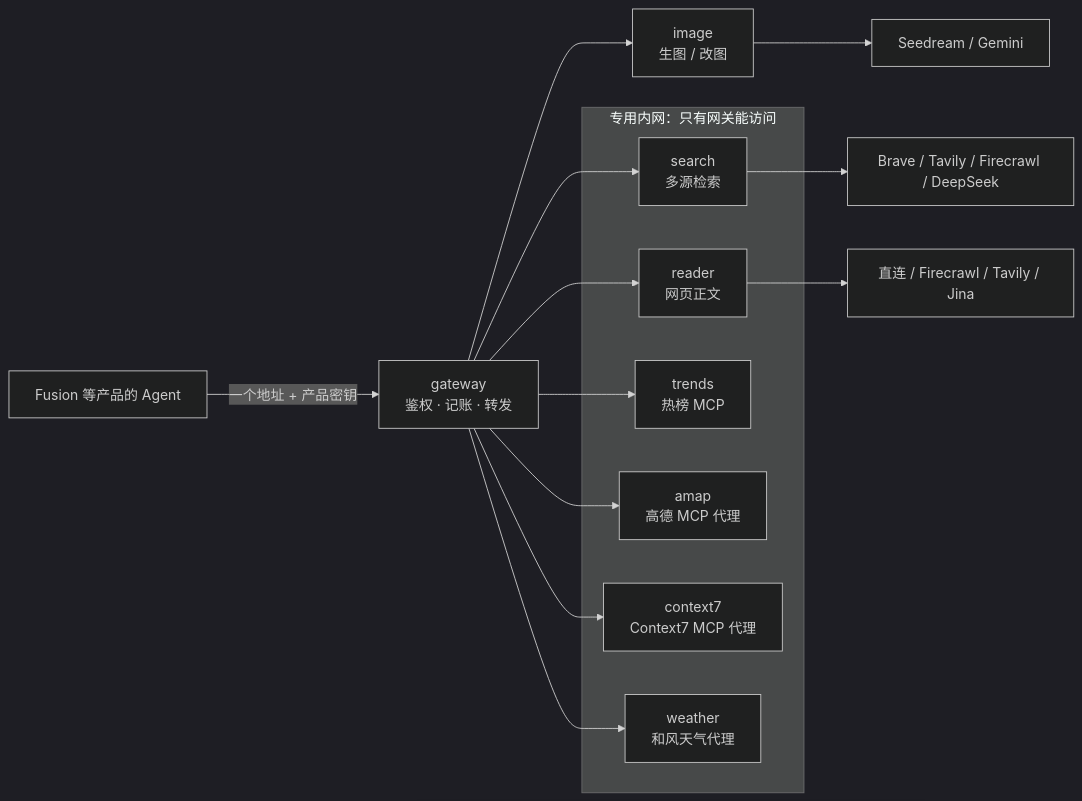
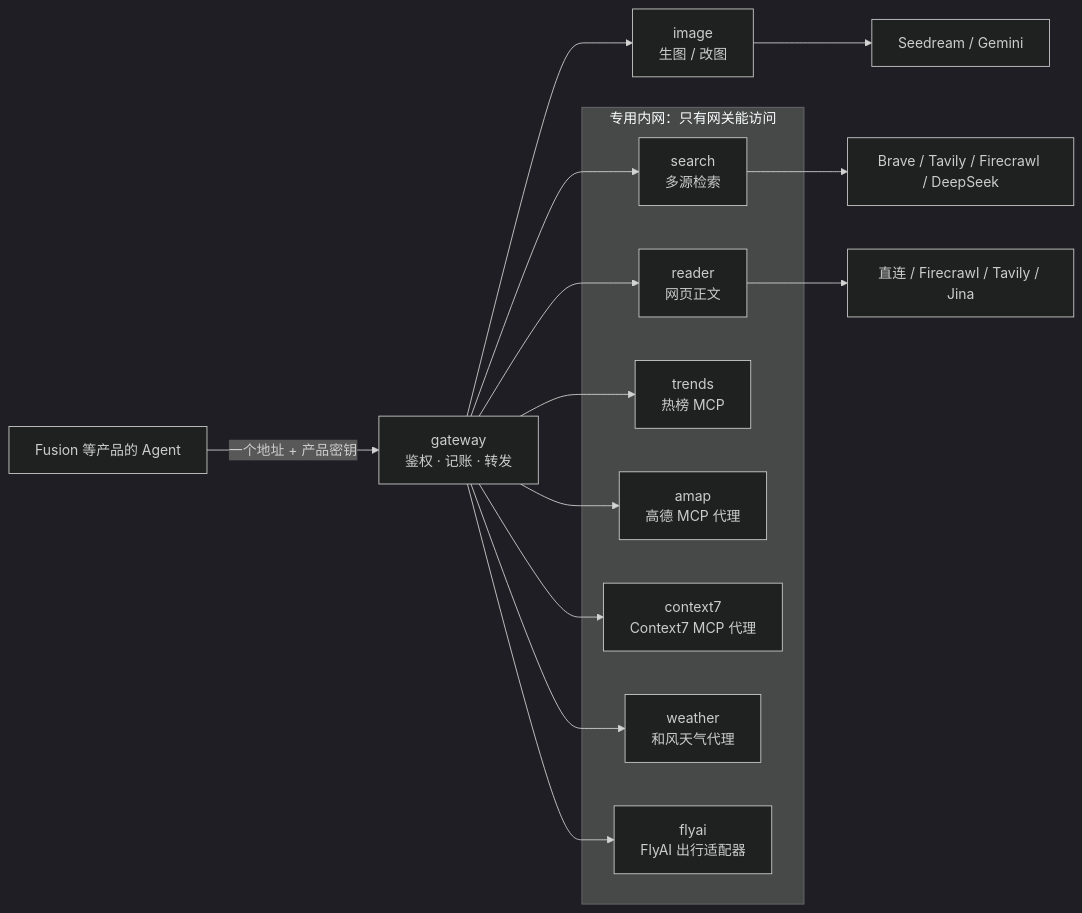
One commit to HyxiaoGe/agent-tools changed the diagram in README.md. Above: the diagram before and after it, drawn with Mermaid (dark theme). The commit also changed other lines of this file and 26 other files, not shown here.

First line of the commit message:
feat: 新增 FlyAI 出行适配器服务，经网关 /flyai 访问

````diff
--- a/README.md
+++ b/README.md
@@ -5,22 +5,24 @@
 ```mermaid
 flowchart LR
     P["Fusion 等产品的 Agent"] -->|"一个地址 + 产品密钥"| G["gateway<br/>鉴权 · 记账 · 转发"]
     G --> I["image<br/>生图 / 改图"]
     subgraph internal["专用内网：只有网关能访问"]
         S["search<br/>多源检索"]
         R["reader<br/>网页正文"]
         T["trends<br/>热榜 MCP"]
         A["amap<br/>高德 MCP 代理"]
         C["context7<br/>Context7 MCP 代理"]
         W["weather<br/>和风天气代理"]
+        F["flyai<br/>FlyAI 出行适配器"]
     end
     G --> S
     G --> R
     G --> T
     G --> A
     G --> C
     G --> W
+    G --> F
     I --> IP["Seedream / Gemini"]
     S --> SP["Brave / Tavily / Firecrawl / DeepSeek"]
     R --> RP["直连 / Firecrawl / Tavily / Jina"]
 ```
````
